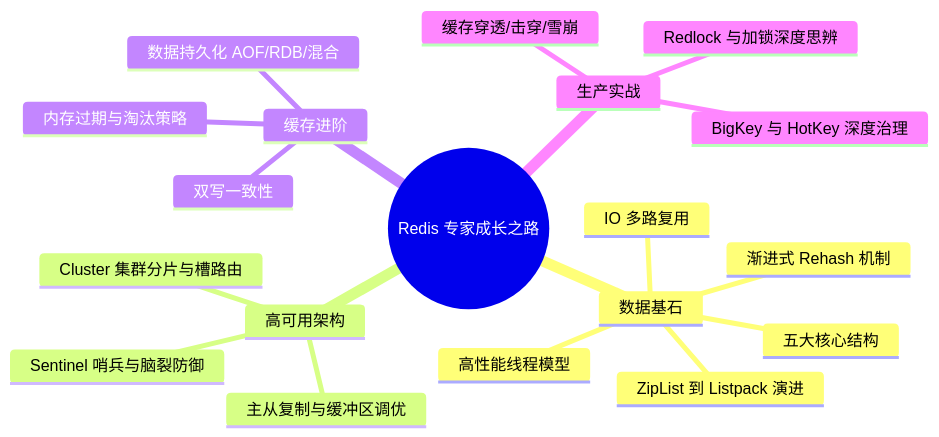
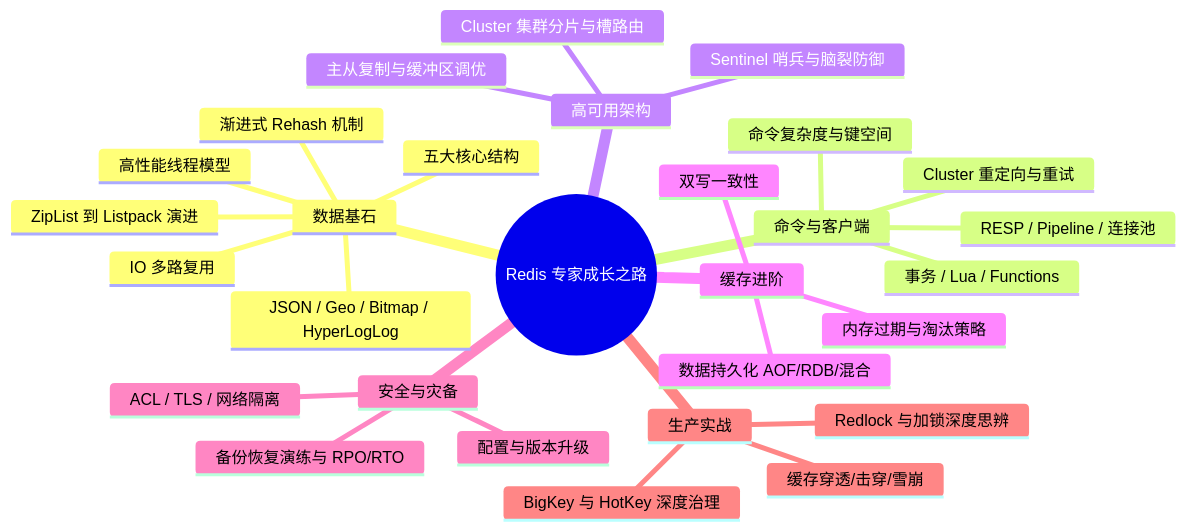
Before and after one commit to Aiden-Coding/AiDocs: the diagram in docs/cache/redis/0-readme.md, drawn with Mermaid. The commit also changed other lines of this file and 3 other files, not shown here.

````diff
--- a/docs/cache/redis/0-readme.md
+++ b/docs/cache/redis/0-readme.md
@@ -17,22 +17,32 @@
 ```mermaid
 mindmap
   root((Redis 专家成长之路))
     数据基石
       五大核心结构
+      JSON / Geo / Bitmap / HyperLogLog
       IO 多路复用
       高性能线程模型
       ZipList 到 Listpack 演进
       渐进式 Rehash 机制
+    命令与客户端
+      命令复杂度与键空间
+      事务 / Lua / Functions
+      RESP / Pipeline / 连接池
+      Cluster 重定向与重试
     高可用架构
       主从复制与缓冲区调优
       Sentinel 哨兵与脑裂防御
       Cluster 集群分片与槽路由
     缓存进阶
       内存过期与淘汰策略
       数据持久化 AOF/RDB/混合
       双写一致性
+    安全与灾备
+      ACL / TLS / 网络隔离
+      配置与版本升级
+      备份恢复演练与 RPO/RTO
     生产实战
       缓存穿透/击穿/雪崩
       BigKey 与 HotKey 深度治理
       Redlock 与加锁深度思辨
 ```
````
